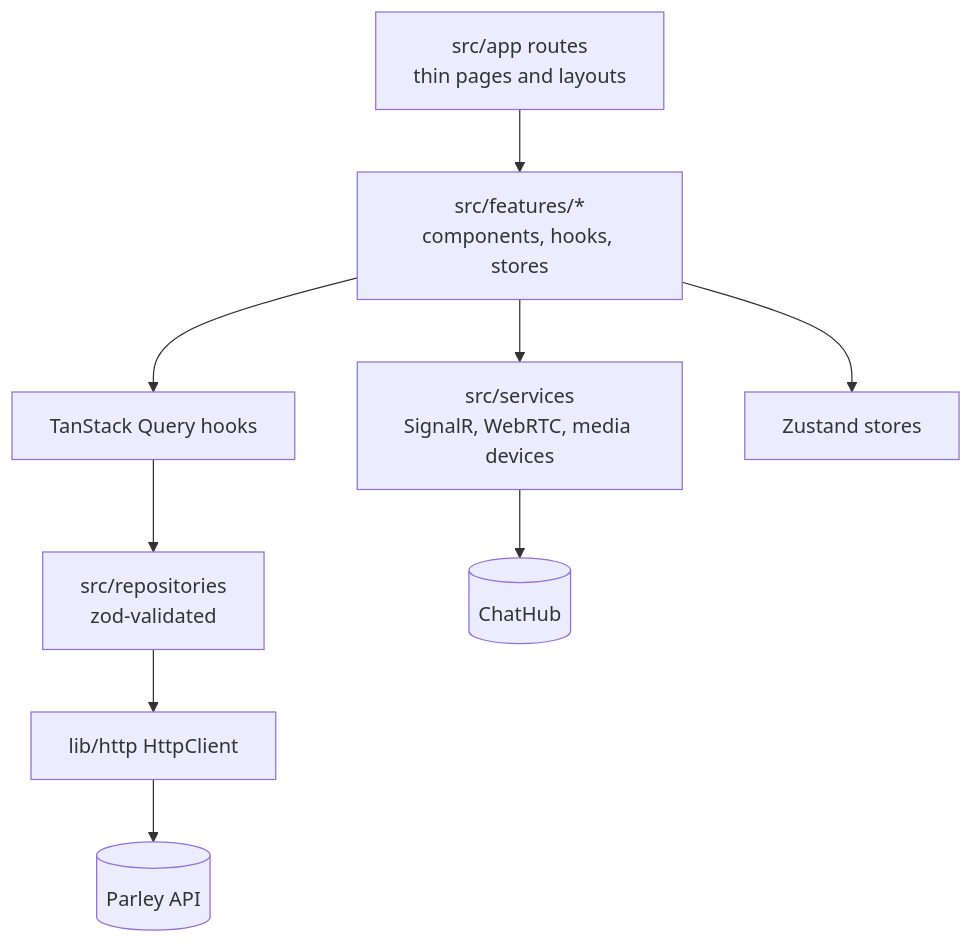
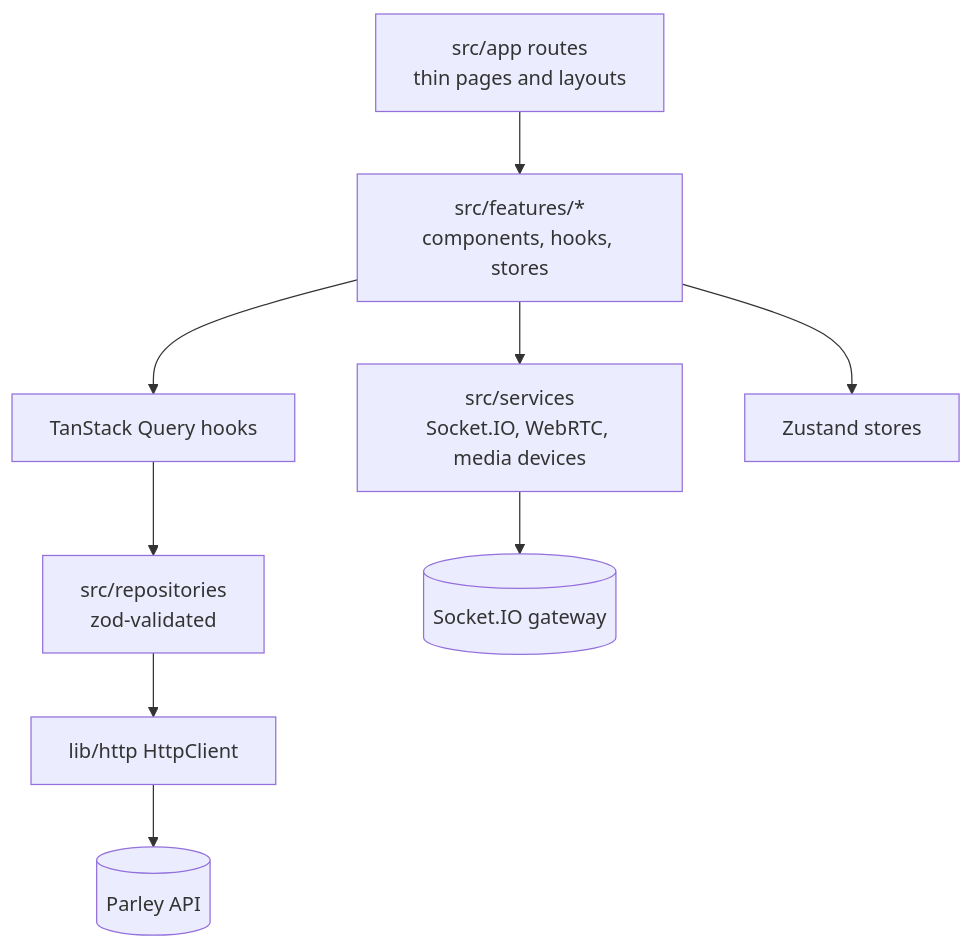
One commit to shahabwork001/parlay changed the first of 2 diagrams in docs/architecture.md. Above: the diagram before and after it, drawn with Mermaid. The commit also changed other lines of this file and 12 other files, not shown here.

````diff
--- a/docs/architecture.md
+++ b/docs/architecture.md
@@ -7,11 +7,11 @@
 ```mermaid
 flowchart TB
   Routes[src/app routes<br/>thin pages and layouts] --> Features[src/features/*<br/>components, hooks, stores]
   Features --> Hooks[TanStack Query hooks]
   Hooks --> Repos[src/repositories<br/>zod-validated]
   Repos --> Http[lib/http HttpClient]
   Http --> API[(Parley API)]
-  Features --> Services[src/services<br/>SignalR, WebRTC, media devices]
-  Services --> Hub[(ChatHub)]
+  Features --> Services[src/services<br/>Socket.IO, WebRTC, media devices]
+  Services --> Hub[(Socket.IO gateway)]
   Features --> Store[Zustand stores]
 ```
````
